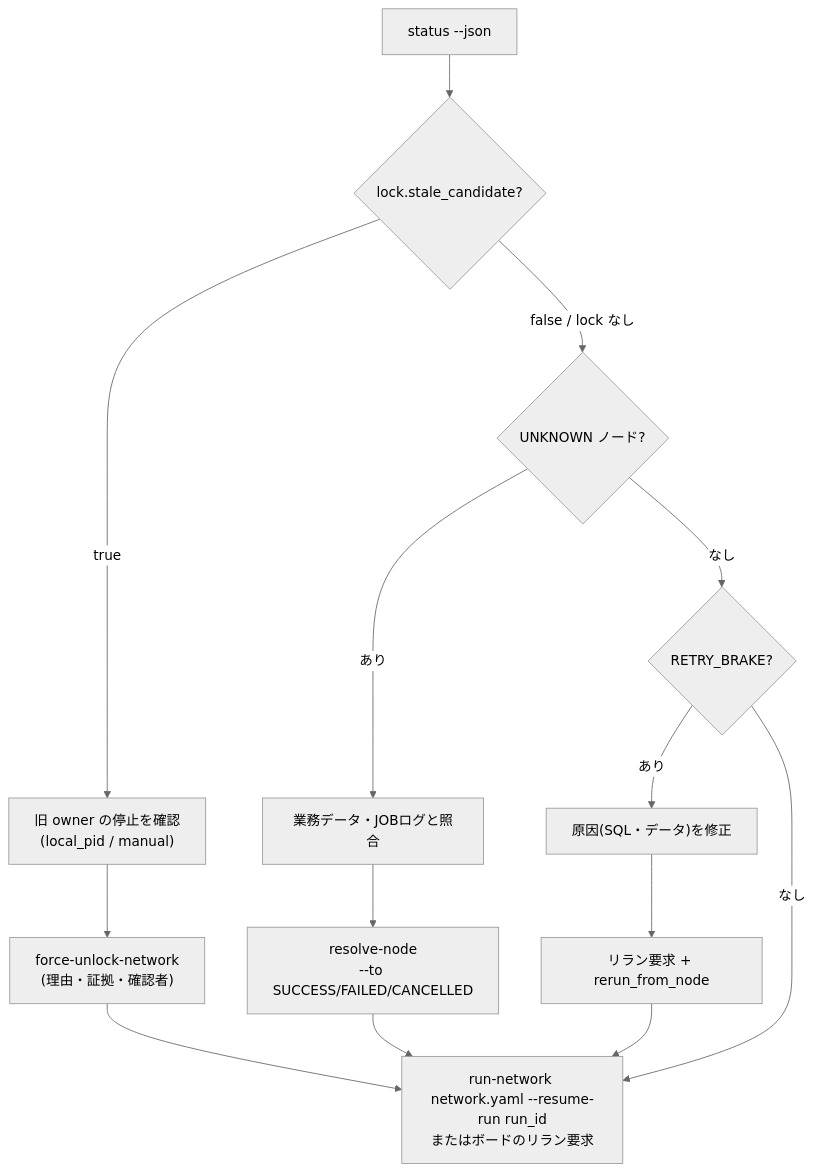
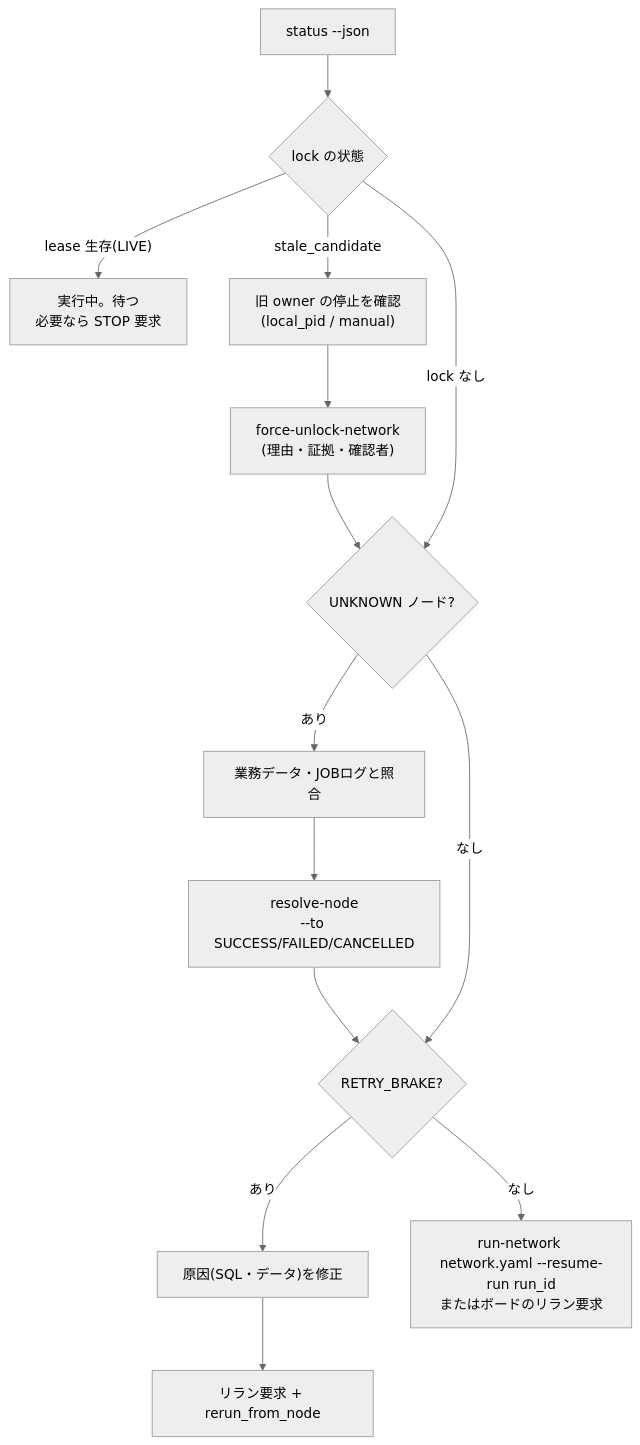
The diagram in docs/internal/qiita-draft-6.md (rex0220/ksql-flownet), drawn with Mermaid (neutral theme) before and after one commit. The commit also changed other lines of this file and 2 other files, not shown here.

Commit message:
docs: #6 第2巡 — 判断フローのロック状態を LIVE/stale/なし の 3 分岐に(LIVE は待つ)、stop-confirmed-by を環境変数に統一し主体入力の説明を整理、kintone 仕様 2 点に実測注記(#5 の Administrator も)

````diff
--- a/docs/internal/qiita-draft-6.md
+++ b/docs/internal/qiita-draft-6.md
@@ -32,10 +32,11 @@
 ```mermaid
 flowchart TB
-  S["status --json"] --> Q1{"lock.stale_candidate?"}
-  Q1 -->|"true"| STOP["旧 owner の停止を確認<br>(local_pid / manual)"] --> FU["force-unlock-network<br>(理由・証拠・確認者)"] --> RES
-  Q1 -->|"false / lock なし"| Q2{"UNKNOWN ノード?"}
-  Q2 -->|"あり"| VER["業務データ・JOBログと照合"] --> RN["resolve-node<br>--to SUCCESS/FAILED/CANCELLED"] --> RES
+  S["status --json"] --> Q1{"lock の状態"}
+  Q1 -->|"lease 生存(LIVE)"| WAIT["実行中。待つ<br>必要なら STOP 要求"]
+  Q1 -->|"stale_candidate"| STOP["旧 owner の停止を確認<br>(local_pid / manual)"] --> FU["force-unlock-network<br>(理由・証拠・確認者)"] --> Q2
+  Q1 -->|"lock なし"| Q2{"UNKNOWN ノード?"}
+  Q2 -->|"あり"| VER["業務データ・JOBログと照合"] --> RN["resolve-node<br>--to SUCCESS/FAILED/CANCELLED"] --> Q3
   Q2 -->|"なし"| Q3{"RETRY_BRAKE?"}
-  Q3 -->|"あり"| FIX["原因(SQL・データ)を修正"] --> RF["リラン要求 + rerun_from_node"] --> RES
+  Q3 -->|"あり"| FIX["原因(SQL・データ)を修正"] --> RF["リラン要求 + rerun_from_node"]
   Q3 -->|"なし"| RES["run-network network.yaml --resume-run run_id<br>またはボードのリラン要求"]
 ```
````
